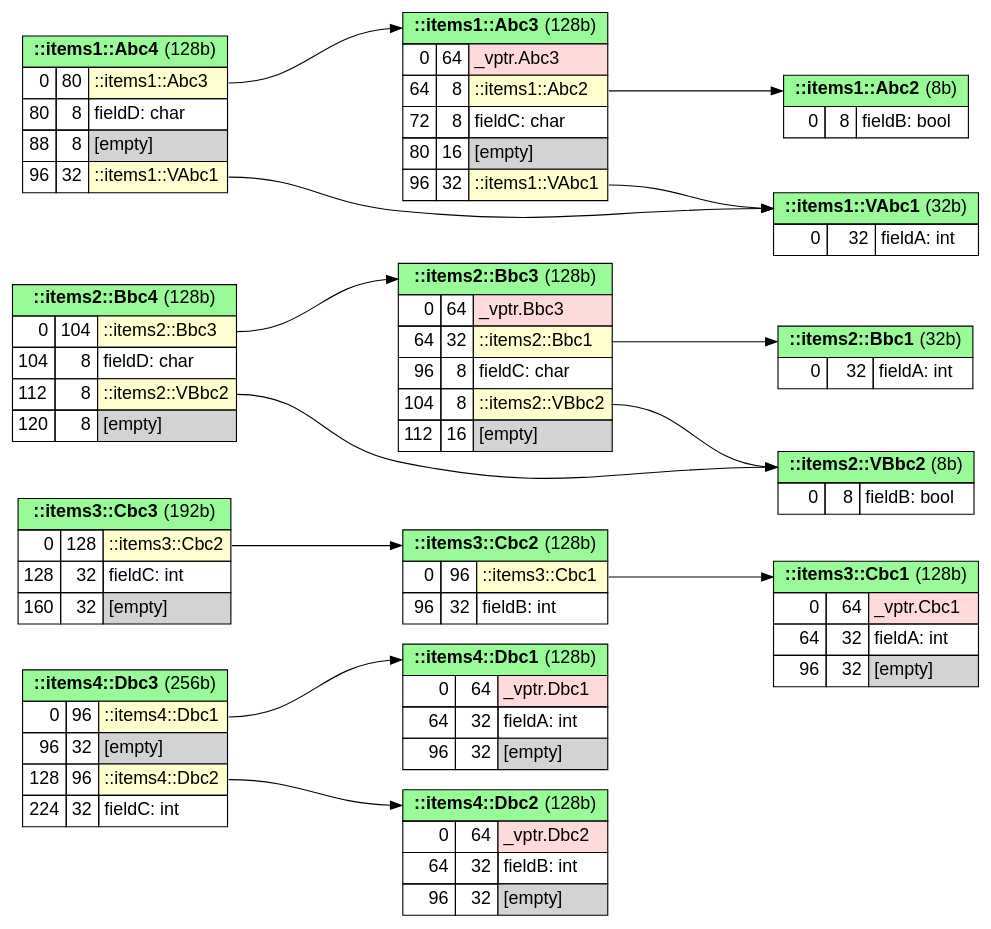
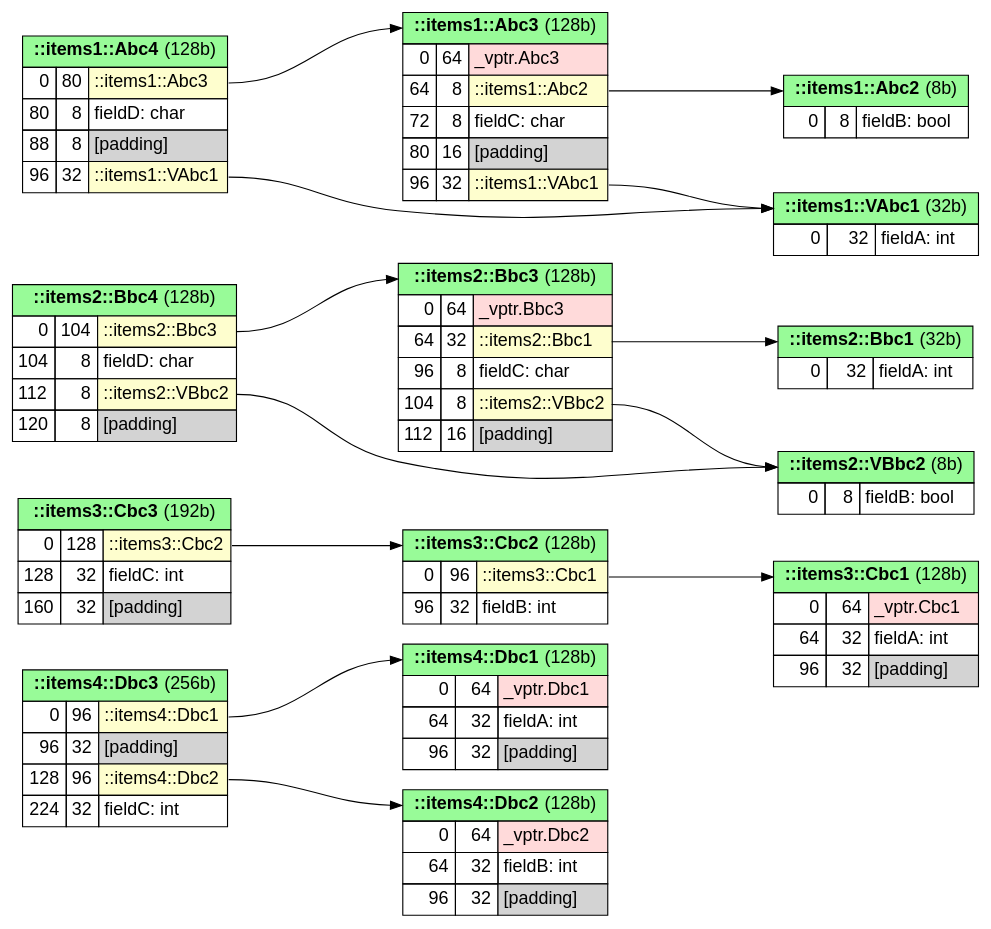
One commit to anetczuk/gcc-uml changed the diagram in examples/memlayout/mem_virt.cpp.dot. Above: the diagram before and after it, drawn with Graphviz. The commit also changed 8 other files, not shown here.

```diff
--- a/examples/memlayout/mem_virt.cpp.dot
+++ b/examples/memlayout/mem_virt.cpp.dot
@@ -1,189 +1,189 @@
 digraph memory_layout {
 
 fontname="Helvetica,Arial,sans-serif"
 node [fontname="Helvetica,Arial,sans-serif"]
 edge [fontname="Helvetica,Arial,sans-serif"]
 
 graph [
     rankdir = "LR"
 ];
 node [
     fontsize = "16"
     shape = "record"
 ];
 
 ranksep = 2
 
 
 # items subgraph
 {
 
     "-items4-Dbc3" [
         shape=plain
         label=
         <<table border="0" cellborder="1" cellspacing="0" cellpadding="4">
             <tr> <td colspan="3" bgcolor="PaleGreen" port='-1'> <b>::items4::Dbc3</b>  (256b)</td> </tr>
             <tr> <td align="right" port='in_0'>0</td> <td align="right">96</td> <td align="left" bgcolor='#FEFECE' port='out_0'>::items4::Dbc1</td> </tr>
-            <tr> <td align="right" port='in_1'>96</td> <td align="right">32</td> <td align="left" bgcolor='lightgray' port='out_1'>[empty]</td> </tr>
+            <tr> <td align="right" port='in_1'>96</td> <td align="right">32</td> <td align="left" bgcolor='lightgray' port='out_1'>[padding]</td> </tr>
             <tr> <td align="right" port='in_2'>128</td> <td align="right">96</td> <td align="left" bgcolor='#FEFECE' port='out_2'>::items4::Dbc2</td> </tr>
             <tr> <td align="right" port='in_3'>224</td> <td align="right">32</td> <td align="left" port='out_3'>fieldC: int</td> </tr>
         </table>>
     ]
 
     "-items4-Dbc2" [
         shape=plain
         label=
         <<table border="0" cellborder="1" cellspacing="0" cellpadding="4">
             <tr> <td colspan="3" bgcolor="PaleGreen" port='-1'> <b>::items4::Dbc2</b>  (128b)</td> </tr>
             <tr> <td align="right" port='in_0'>0</td> <td align="right">64</td> <td align="left" bgcolor='#ffdada' port='out_0'>_vptr.Dbc2</td> </tr>
             <tr> <td align="right" port='in_1'>64</td> <td align="right">32</td> <td align="left" port='out_1'>fieldB: int</td> </tr>
-            <tr> <td align="right" port='in_2'>96</td> <td align="right">32</td> <td align="left" bgcolor='lightgray' port='out_2'>[empty]</td> </tr>
+            <tr> <td align="right" port='in_2'>96</td> <td align="right">32</td> <td align="left" bgcolor='lightgray' port='out_2'>[padding]</td> </tr>
         </table>>
     ]
 
     "-items4-Dbc1" [
         shape=plain
         label=
         <<table border="0" cellborder="1" cellspacing="0" cellpadding="4">
             <tr> <td colspan="3" bgcolor="PaleGreen" port='-1'> <b>::items4::Dbc1</b>  (128b)</td> </tr>
             <tr> <td align="right" port='in_0'>0</td> <td align="right">64</td> <td align="left" bgcolor='#ffdada' port='out_0'>_vptr.Dbc1</td> </tr>
             <tr> <td align="right" port='in_1'>64</td> <td align="right">32</td> <td align="left" port='out_1'>fieldA: int</td> </tr>
-            <tr> <td align="right" port='in_2'>96</td> <td align="right">32</td> <td align="left" bgcolor='lightgray' port='out_2'>[empty]</td> </tr>
+            <tr> <td align="right" port='in_2'>96</td> <td align="right">32</td> <td align="left" bgcolor='lightgray' port='out_2'>[padding]</td> </tr>
         </table>>
     ]
 
     "-items3-Cbc3" [
         shape=plain
         label=
         <<table border="0" cellborder="1" cellspacing="0" cellpadding="4">
             <tr> <td colspan="3" bgcolor="PaleGreen" port='-1'> <b>::items3::Cbc3</b>  (192b)</td> </tr>
             <tr> <td align="right" port='in_0'>0</td> <td align="right">128</td> <td align="left" bgcolor='#FEFECE' port='out_0'>::items3::Cbc2</td> </tr>
             <tr> <td align="right" port='in_1'>128</td> <td align="right">32</td> <td align="left" port='out_1'>fieldC: int</td> </tr>
-            <tr> <td align="right" port='in_2'>160</td> <td align="right">32</td> <td align="left" bgcolor='lightgray' port='out_2'>[empty]</td> </tr>
+            <tr> <td align="right" port='in_2'>160</td> <td align="right">32</td> <td align="left" bgcolor='lightgray' port='out_2'>[padding]</td> </tr>
         </table>>
     ]
 
     "-items3-Cbc2" [
         shape=plain
         label=
         <<table border="0" cellborder="1" cellspacing="0" cellpadding="4">
             <tr> <td colspan="3" bgcolor="PaleGreen" port='-1'> <b>::items3::Cbc2</b>  (128b)</td> </tr>
             <tr> <td align="right" port='in_0'>0</td> <td align="right">96</td> <td align="left" bgcolor='#FEFECE' port='out_0'>::items3::Cbc1</td> </tr>
             <tr> <td align="right" port='in_1'>96</td> <td align="right">32</td> <td align="left" port='out_1'>fieldB: int</td> </tr>
         </table>>
     ]
 
     "-items3-Cbc1" [
         shape=plain
         label=
         <<table border="0" cellborder="1" cellspacing="0" cellpadding="4">
             <tr> <td colspan="3" bgcolor="PaleGreen" port='-1'> <b>::items3::Cbc1</b>  (128b)</td> </tr>
             <tr> <td align="right" port='in_0'>0</td> <td align="right">64</td> <td align="left" bgcolor='#ffdada' port='out_0'>_vptr.Cbc1</td> </tr>
             <tr> <td align="right" port='in_1'>64</td> <td align="right">32</td> <td align="left" port='out_1'>fieldA: int</td> </tr>
-            <tr> <td align="right" port='in_2'>96</td> <td align="right">32</td> <td align="left" bgcolor='lightgray' port='out_2'>[empty]</td> </tr>
+            <tr> <td align="right" port='in_2'>96</td> <td align="right">32</td> <td align="left" bgcolor='lightgray' port='out_2'>[padding]</td> </tr>
         </table>>
     ]
 
     "-items2-Bbc4" [
         shape=plain
         label=
         <<table border="0" cellborder="1" cellspacing="0" cellpadding="4">
             <tr> <td colspan="3" bgcolor="PaleGreen" port='-1'> <b>::items2::Bbc4</b>  (128b)</td> </tr>
             <tr> <td align="right" port='in_0'>0</td> <td align="right">104</td> <td align="left" bgcolor='#FEFECE' port='out_0'>::items2::Bbc3</td> </tr>
             <tr> <td align="right" port='in_1'>104</td> <td align="right">8</td> <td align="left" port='out_1'>fieldD: char</td> </tr>
             <tr> <td align="right" port='in_2'>112</td> <td align="right">8</td> <td align="left" bgcolor='#FEFECE' port='out_2'>::items2::VBbc2</td> </tr>
-            <tr> <td align="right" port='in_3'>120</td> <td align="right">8</td> <td align="left" bgcolor='lightgray' port='out_3'>[empty]</td> </tr>
+            <tr> <td align="right" port='in_3'>120</td> <td align="right">8</td> <td align="left" bgcolor='lightgray' port='out_3'>[padding]</td> </tr>
         </table>>
     ]
 
     "-items2-Bbc3" [
         shape=plain
         label=
         <<table border="0" cellborder="1" cellspacing="0" cellpadding="4">
             <tr> <td colspan="3" bgcolor="PaleGreen" port='-1'> <b>::items2::Bbc3</b>  (128b)</td> </tr>
             <tr> <td align="right" port='in_0'>0</td> <td align="right">64</td> <td align="left" bgcolor='#ffdada' port='out_0'>_vptr.Bbc3</td> </tr>
             <tr> <td align="right" port='in_1'>64</td> <td align="right">32</td> <td align="left" bgcolor='#FEFECE' port='out_1'>::items2::Bbc1</td> </tr>
             <tr> <td align="right" port='in_2'>96</td> <td align="right">8</td> <td align="left" port='out_2'>fieldC: char</td> </tr>
             <tr> <td align="right" port='in_3'>104</td> <td align="right">8</td> <td align="left" bgcolor='#FEFECE' port='out_3'>::items2::VBbc2</td> </tr>
-            <tr> <td align="right" port='in_4'>112</td> <td align="right">16</td> <td align="left" bgcolor='lightgray' port='out_4'>[empty]</td> </tr>
+            <tr> <td align="right" port='in_4'>112</td> <td align="right">16</td> <td align="left" bgcolor='lightgray' port='out_4'>[padding]</td> </tr>
         </table>>
     ]
 
     "-items2-VBbc2" [
         shape=plain
         label=
         <<table border="0" cellborder="1" cellspacing="0" cellpadding="4">
             <tr> <td colspan="3" bgcolor="PaleGreen" port='-1'> <b>::items2::VBbc2</b>  (8b)</td> </tr>
             <tr> <td align="right" port='in_0'>0</td> <td align="right">8</td> <td align="left" port='out_0'>fieldB: bool</td> </tr>
         </table>>
     ]
 
     "-items2-Bbc1" [
         shape=plain
         label=
         <<table border="0" cellborder="1" cellspacing="0" cellpadding="4">
             <tr> <td colspan="3" bgcolor="PaleGreen" port='-1'> <b>::items2::Bbc1</b>  (32b)</td> </tr>
             <tr> <td align="right" port='in_0'>0</td> <td align="right">32</td> <td align="left" port='out_0'>fieldA: int</td> </tr>
         </table>>
     ]
 
     "-items1-Abc4" [
         shape=plain
         label=
         <<table border="0" cellborder="1" cellspacing="0" cellpadding="4">
             <tr> <td colspan="3" bgcolor="PaleGreen" port='-1'> <b>::items1::Abc4</b>  (128b)</td> </tr>
             <tr> <td align="right" port='in_0'>0</td> <td align="right">80</td> <td align="left" bgcolor='#FEFECE' port='out_0'>::items1::Abc3</td> </tr>
             <tr> <td align="right" port='in_1'>80</td> <td align="right">8</td> <td align="left" port='out_1'>fieldD: char</td> </tr>
-            <tr> <td align="right" port='in_2'>88</td> <td align="right">8</td> <td align="left" bgcolor='lightgray' port='out_2'>[empty]</td> </tr>
+            <tr> <td align="right" port='in_2'>88</td> <td align="right">8</td> <td align="left" bgcolor='lightgray' port='out_2'>[padding]</td> </tr>
             <tr> <td align="right" port='in_3'>96</td> <td align="right">32</td> <td align="left" bgcolor='#FEFECE' port='out_3'>::items1::VAbc1</td> </tr>
         </table>>
     ]
 
     "-items1-Abc3" [
         shape=plain
         label=
         <<table border="0" cellborder="1" cellspacing="0" cellpadding="4">
             <tr> <td colspan="3" bgcolor="PaleGreen" port='-1'> <b>::items1::Abc3</b>  (128b)</td> </tr>
             <tr> <td align="right" port='in_0'>0</td> <td align="right">64</td> <td align="left" bgcolor='#ffdada' port='out_0'>_vptr.Abc3</td> </tr>
             <tr> <td align="right" port='in_1'>64</td> <td align="right">8</td> <td align="left" bgcolor='#FEFECE' port='out_1'>::items1::Abc2</td> </tr>
             <tr> <td align="right" port='in_2'>72</td> <td align="right">8</td> <td align="left" port='out_2'>fieldC: char</td> </tr>
-            <tr> <td align="right" port='in_3'>80</td> <td align="right">16</td> <td align="left" bgcolor='lightgray' port='out_3'>[empty]</td> </tr>
+            <tr> <td align="right" port='in_3'>80</td> <td align="right">16</td> <td align="left" bgcolor='lightgray' port='out_3'>[padding]</td> </tr>
             <tr> <td align="right" port='in_4'>96</td> <td align="right">32</td> <td align="left" bgcolor='#FEFECE' port='out_4'>::items1::VAbc1</td> </tr>
         </table>>
     ]
 
     "-items1-Abc2" [
         shape=plain
         label=
         <<table border="0" cellborder="1" cellspacing="0" cellpadding="4">
             <tr> <td colspan="3" bgcolor="PaleGreen" port='-1'> <b>::items1::Abc2</b>  (8b)</td> </tr>
             <tr> <td align="right" port='in_0'>0</td> <td align="right">8</td> <td align="left" port='out_0'>fieldB: bool</td> </tr>
         </table>>
     ]
 
     "-items1-VAbc1" [
         shape=plain
         label=
         <<table border="0" cellborder="1" cellspacing="0" cellpadding="4">
             <tr> <td colspan="3" bgcolor="PaleGreen" port='-1'> <b>::items1::VAbc1</b>  (32b)</td> </tr>
             <tr> <td align="right" port='in_0'>0</td> <td align="right">32</td> <td align="left" port='out_0'>fieldA: int</td> </tr>
         </table>>
     ]
 
 
     "-items4-Dbc3":"out_0" -> "-items4-Dbc1":"-1"
     "-items4-Dbc3":"out_2" -> "-items4-Dbc2":"-1"
     "-items3-Cbc3":"out_0" -> "-items3-Cbc2":"-1"
     "-items3-Cbc2":"out_0" -> "-items3-Cbc1":"-1"
     "-items2-Bbc4":"out_0" -> "-items2-Bbc3":"-1"
     "-items2-Bbc4":"out_2" -> "-items2-VBbc2":"-1"
     "-items2-Bbc3":"out_1" -> "-items2-Bbc1":"-1"
     "-items2-Bbc3":"out_3" -> "-items2-VBbc2":"-1"
     "-items1-Abc4":"out_0" -> "-items1-Abc3":"-1"
     "-items1-Abc4":"out_3" -> "-items1-VAbc1":"-1"
     "-items1-Abc3":"out_1" -> "-items1-Abc2":"-1"
     "-items1-Abc3":"out_4" -> "-items1-VAbc1":"-1"
 
 }  # end of items subgraph
 
 }  # end of graph
```
